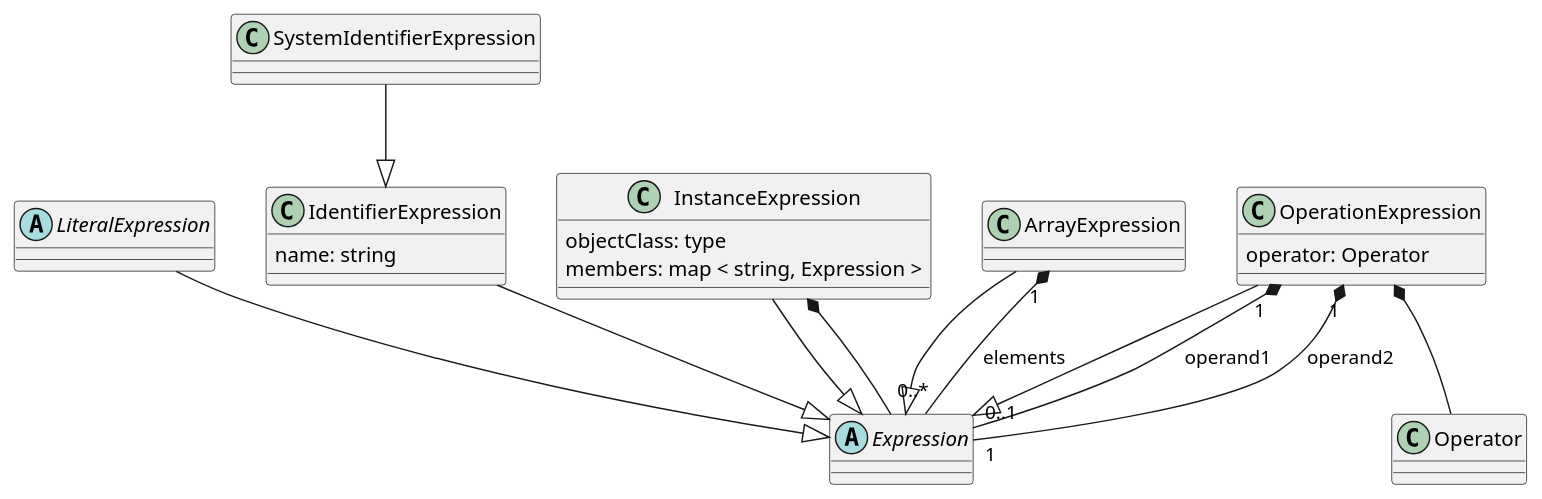
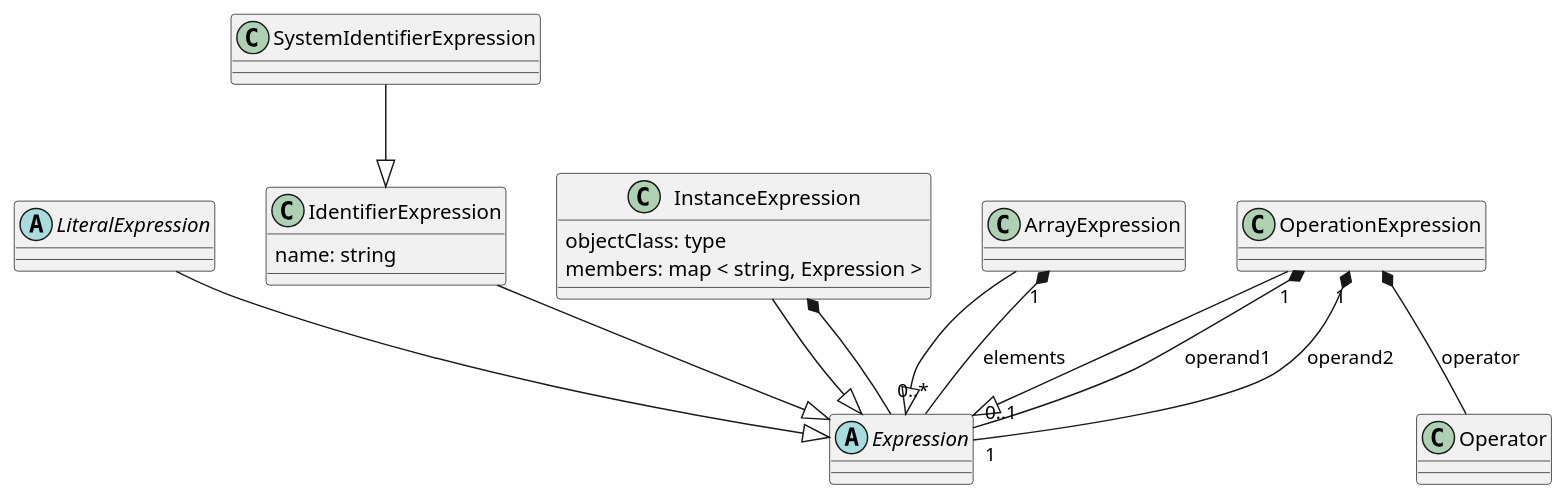
The second of 6 diagrams in 1-core/sections/clause_7_core.adoc (opengeospatial/cartographic-symbology), drawn with PlantUML before and after one commit. The commit also changed other lines of this file, not shown here.

Commit message:
Core UML: show StylingRule.symbolizer, operator, DataLayer.type, Visualization date and timeOfDay and Date.month as associations only

```diff
--- a/1-core/sections/clause_7_core.adoc
+++ b/1-core/sections/clause_7_core.adoc
@@ -360,32 +359,31 @@
 [plantuml, target=diagram-classes, format=png]
 ....
 @startuml
 abstract class Expression
 
 abstract class LiteralExpression
 LiteralExpression --|> Expression
 
 IdentifierExpression --|> Expression
 IdentifierExpression : name: string
 
 SystemIdentifierExpression --|> IdentifierExpression
 
 InstanceExpression --|> Expression
 InstanceExpression : objectClass: type
 InstanceExpression : members: map < string, Expression >
 InstanceExpression *-- Expression
 
 ArrayExpression --|> Expression
 ArrayExpression "1" *-- "0..*" Expression : elements
 
 OperationExpression --|> Expression
-OperationExpression : operator: Operator
-OperationExpression *-- Operator
+OperationExpression *-- Operator : operator
 OperationExpression "1" *-- "0..1" Expression : operand1
 OperationExpression "1" *-- "1" Expression : operand2
 
 'class SubExpression
 'SubExpression --|> Expression -- Parentheses could be purely an encoding concept based on the need to maintain priority...
 'class ExpressionList -- Expression with multiplicity?
 @enduml
 ....
```
